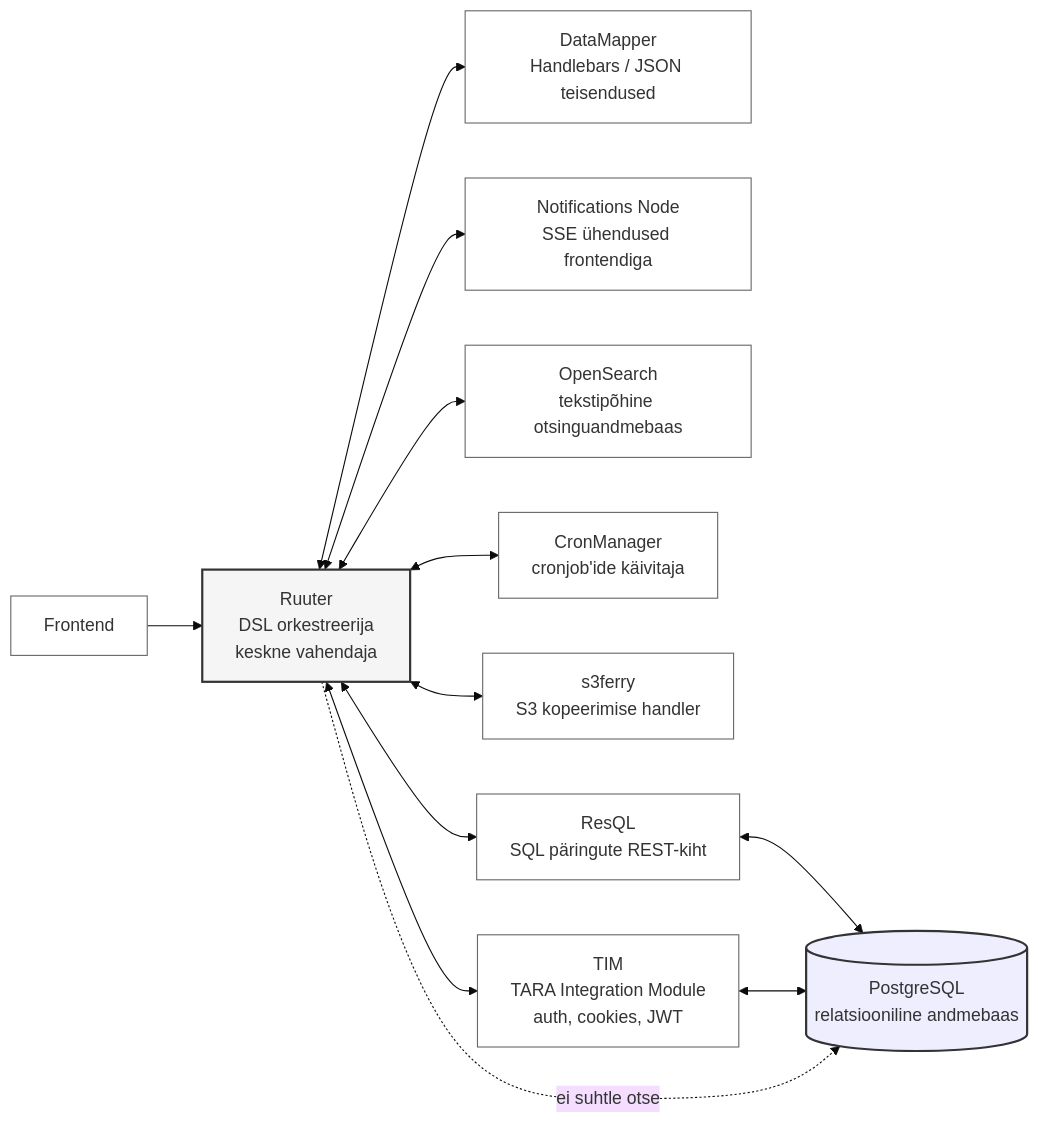
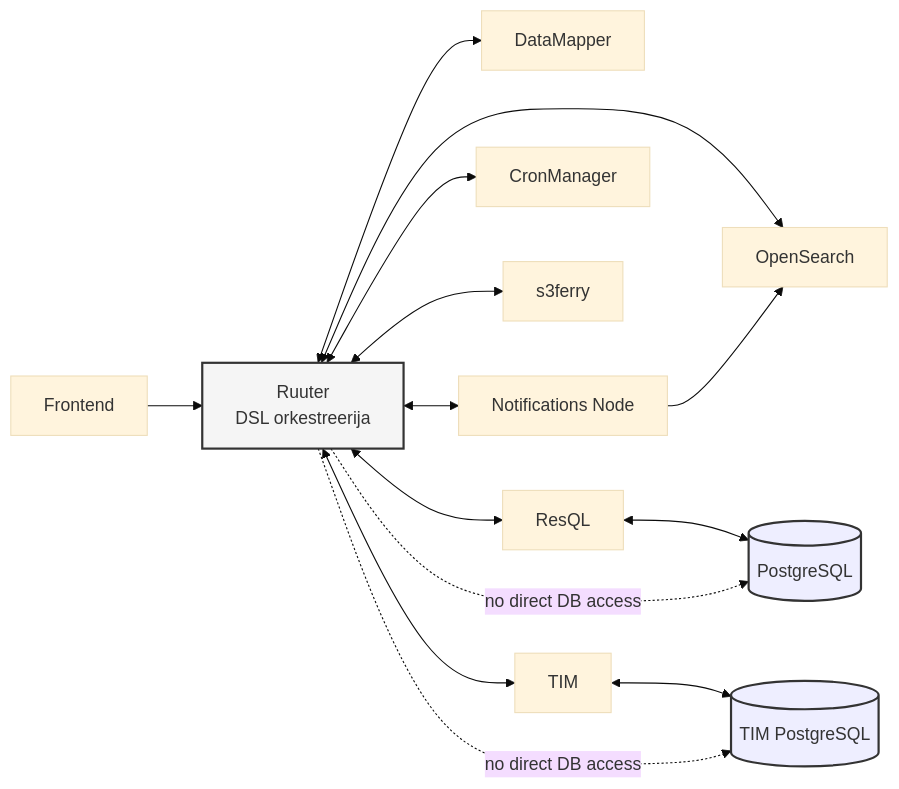
Before and after one commit to varmoh/documentation: the diagram in archidecture/bykstack-backend.md, drawn with Mermaid (base theme).

````diff
--- a/archidecture/bykstack-backend.md
+++ b/archidecture/bykstack-backend.md
@@ -27,28 +27,31 @@
 ```mermaid
 
 flowchart LR
-    FE[Frontend] --> R[Ruuter<br/>DSL orkestreerija<br/>keskne vahendaja]
+    FE[Frontend] --> R[Ruuter<br/>DSL orkestreerija]
 
-    R <--> DM[DataMapper<br/>Handlebars / JSON teisendused]
-    R <--> N[Notifications Node<br/>SSE ühendused frontendiga]
-    R <--> OS[OpenSearch<br/>tekstipõhine otsinguandmebaas]
-    R <--> CM[CronManager<br/>cronjob'ide käivitaja]
-    R <--> S3[s3ferry<br/>S3 kopeerimise handler]
+    R <--> DM[DataMapper]
+    R <--> N[Notifications Node]
+    R <--> OS[OpenSearch]
+    R <--> CM[CronManager]
+    R <--> S3[s3ferry]
 
-    R <--> RESQL[ResQL<br/>SQL päringute REST-kiht]
-    RESQL <--> PG[(PostgreSQL<br/>relatsiooniline andmebaas)]
+    R <--> RESQL[ResQL]
+    RESQL <--> PG[(PostgreSQL)]
 
-    R <--> TIM[TIM<br/>TARA Integration Module<br/>auth, cookies, JWT]
-    TIM <--> PG
+    R <--> TIM[TIM]
+    TIM <--> PG2[(TIM PostgreSQL)]
 
-    %% Keelatud otsesuhtlus andmebaasiga
-    R -. ei suhtle otse .-> PG
+    %% ERAND: Notifications -> OpenSearch
+    N --> OS
+
+    %% KEELATUD OTSESUHTLUSED (visuaalne vihje)
+    R -. no direct DB access .-> PG
+    R -. no direct DB access .-> PG2
 
     classDef core fill:#f5f5f5,stroke:#333,stroke-width:2px;
     classDef db fill:#eef,stroke:#333,stroke-width:2px;
     classDef service fill:#fff,stroke:#666;
 
     class R core;
-    class PG db;
-    class FE,DM,N,OS,CM,S3,RESQL,TIM service;
+    class PG,PG2 db;
 ```
````
